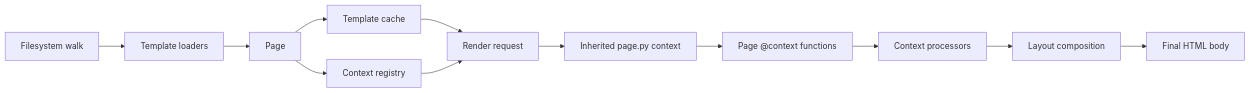
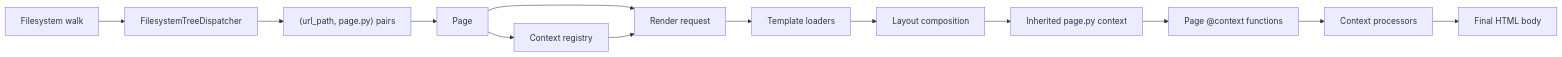
The diagram in docs/content/internals/page-discovery.rst (next-dj/next-dj), drawn with Mermaid before and after one commit. The commit also changed other lines of this file and 92 other files, not shown here.

```diff
--- a/docs/content/internals/page-discovery.rst
+++ b/docs/content/internals/page-discovery.rst
@@ -21,14 +21,15 @@
 .. mermaid::
 
    flowchart LR
-       Walk[Filesystem walk] --> Loaders[Template loaders]
-       Loaders --> Manager[Page]
-       Manager --> TemplateCache[Template cache]
+       Walk[Filesystem walk] --> Dispatcher[FilesystemTreeDispatcher]
+       Dispatcher --> Pairs["(url_path, page.py) pairs"]
+       Pairs --> Manager[Page]
        Manager --> ContextReg[Context registry]
-       TemplateCache --> Render[Render request]
-       ContextReg --> Render
-       Render --> InheritedCtx[Inherited page.py context]
+       Manager --> RenderReq[Render request]
+       ContextReg --> RenderReq
+       RenderReq --> Loaders[Template loaders]
+       Loaders --> LayoutCompose[Layout composition]
+       LayoutCompose --> InheritedCtx[Inherited page.py context]
        InheritedCtx --> PageCtx[Page @context functions]
        PageCtx --> Processors[Context processors]
-       Processors --> LayoutCompose[Layout composition]
-       LayoutCompose --> Output[Final HTML body]
+       Processors --> Output[Final HTML body]
```
